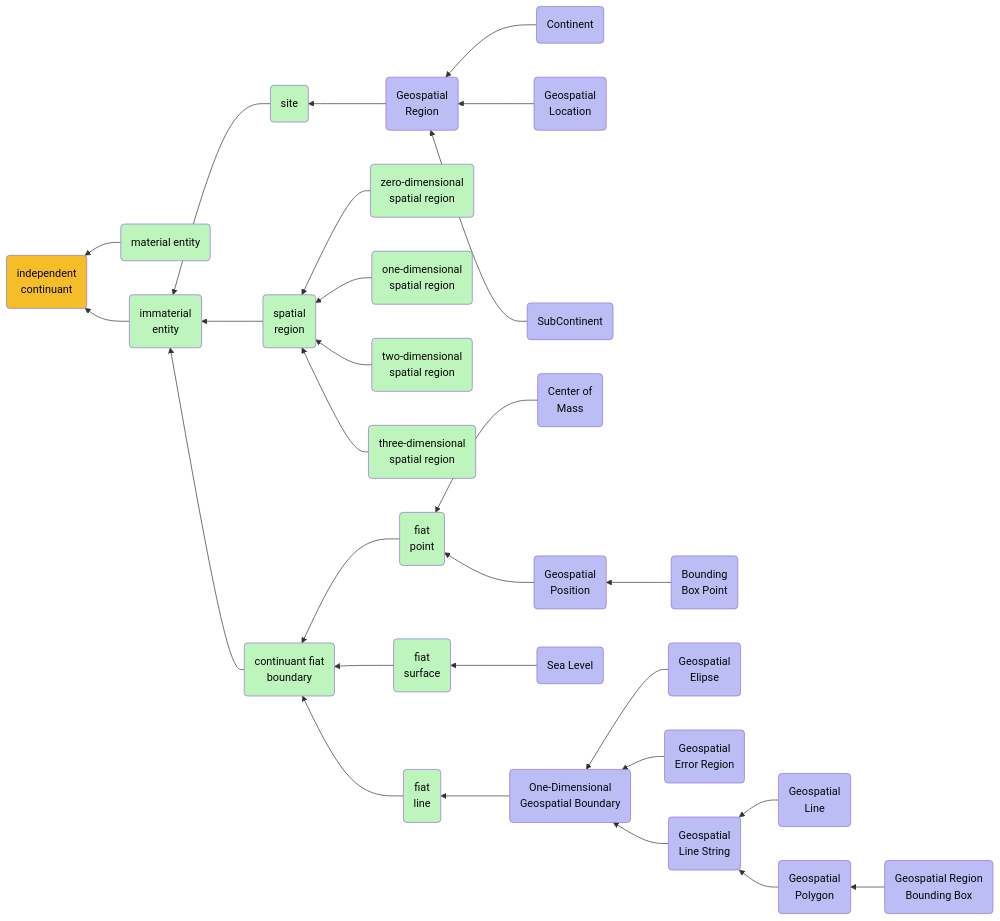
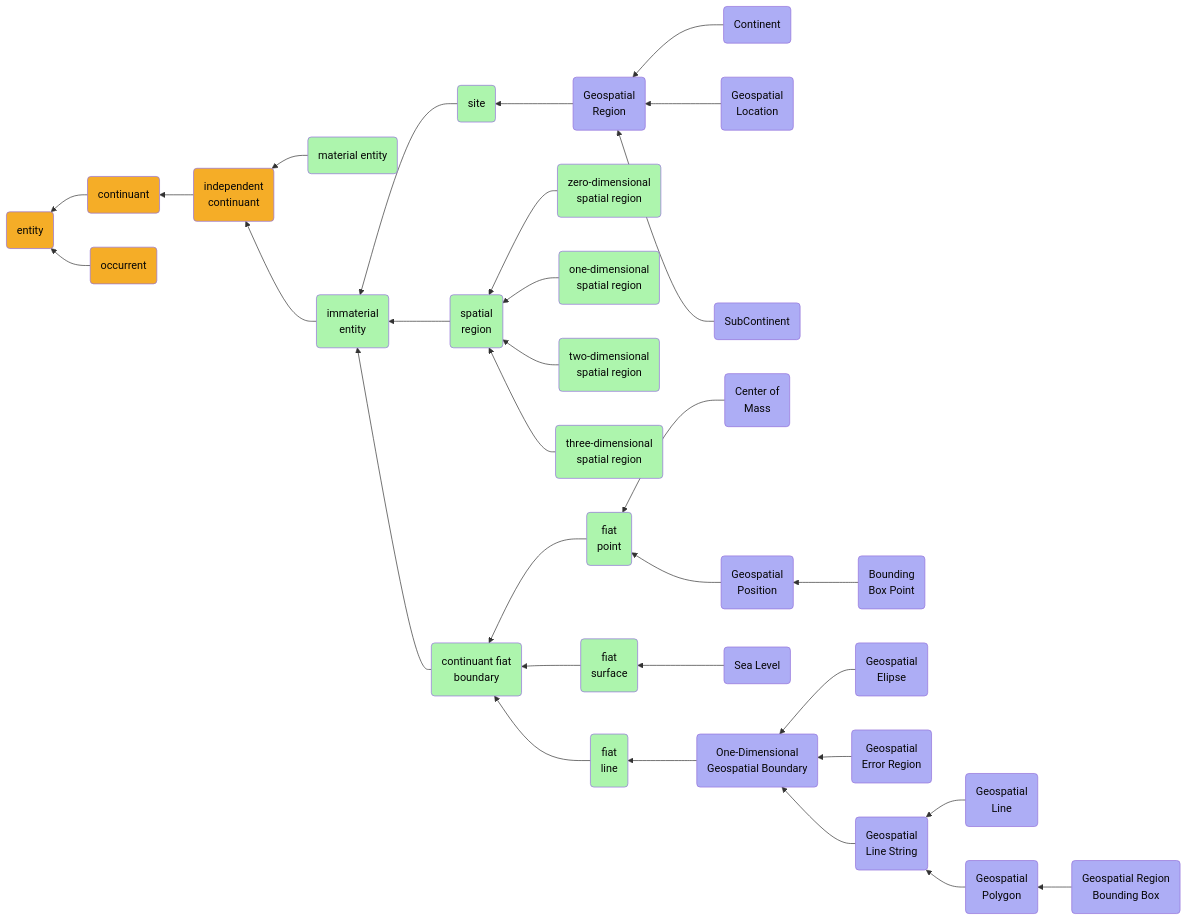
Before and after one commit to dr-shorthair/BFO-2020: the fourth of 5 diagrams in README.md, drawn with Mermaid. The commit also changed other lines of this file, not shown here.

Commit message:
Add Information Content Entity diagram to README

````diff
--- a/README.md
+++ b/README.md
@@ -112,35 +140,38 @@
 ```mermaid
 graph RL
+	B(continuant):::BFO-->A(entity):::BFO
+	F(independent<br> continuant):::BFO-->B(continuant):::BFO
 	G(material entity):::IC-->F(independent<br> continuant):::BFO
 	H(immaterial<br> entity):::IC-->F(independent<br> continuant):::BFO
 	O(site):::IC-->H(immaterial<br> entity):::IC
 	O1(Geospatial<br>Region):::GS-->O(site):::IC
 	O11(Continent):::GS-->O1(Geospatial<br>Region):::GS
 	O12(Geospatial<br>Location):::GS-->O1(Geospatial<br>Region):::GS
 	O13(SubContinent):::GS-->O1(Geospatial<br>Region):::GS
 	P(spatial<br> region):::IC-->H(immaterial<br> entity):::IC
 	Q(continuant fiat<br> boundary):::IC-->H(immaterial<br> entity):::IC
 	R(fiat<br> point):::IC-->Q(continuant fiat<br> boundary):::IC
 	R1(Center of<br>Mass):::GS-->R(fiat<br> point):::IC
 	R2(Geospatial<br>Position):::GS-->R(fiat<br> point):::IC
 	R21(Bounding<br>Box Point):::GS-->R2(Geospatial<br>Position):::GS
 	S(fiat<br> surface):::IC-->Q(continuant fiat<br> boundary):::IC
 	S1(Sea Level):::GS-->S(fiat<br> surface):::IC
 	T(fiat<br> line):::IC-->Q(continuant fiat<br> boundary):::IC
 	T1(One-Dimensional<br>Geospatial Boundary):::GS-->T(fiat<br> line):::IC
 	T12(Geospatial<br>Elipse):::GS-->T1(One-Dimensional<br>Geospatial Boundary):::GS
 	T13(Geospatial<br>Error Region):::GS-->T1(One-Dimensional<br>Geospatial Boundary):::GS
 	T14(Geospatial<br>Line String):::GS-->T1(One-Dimensional<br>Geospatial Boundary):::GS
 	T141(Geospatial<br>Line):::GS-->T14(Geospatial<br>Line String):::GS
 	T142(Geospatial<br>Polygon):::GS-->T14(Geospatial<br>Line String):::GS
 	T1421(Geospatial Region<br>Bounding Box):::GS-->T142(Geospatial<br>Polygon):::GS
 	VD(zero-dimensional<br> spatial region):::IC-->P(spatial<br> region):::IC
 	U(one-dimensional<br> spatial region):::IC-->P(spatial<br> region):::IC
 	V(two-dimensional<br> spatial region):::IC-->P(spatial<br> region):::IC
 	W(three-dimensional<br> spatial region):::IC-->P(spatial<br> region):::IC
+	C(occurrent):::BFO-->A(entity):::BFO
 
-    classDef BFO fill:#F5BD27,color:#060606
-    classDef IC fill:#BDF5BD,color:#060606
-    classDef GS fill:#BDBDF5,color:#060606
+    classDef BFO fill:#F5AD27,color:#060606
+    classDef IC fill:#ADF5AD,color:#060606
+    classDef GS fill:#ADADF5,color:#060606
 
-  ```
+```
````
